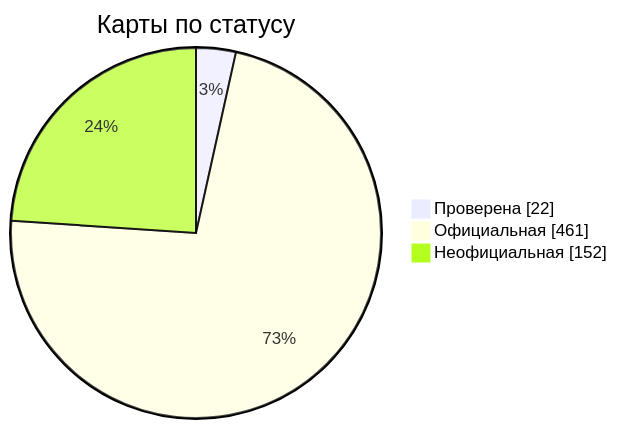
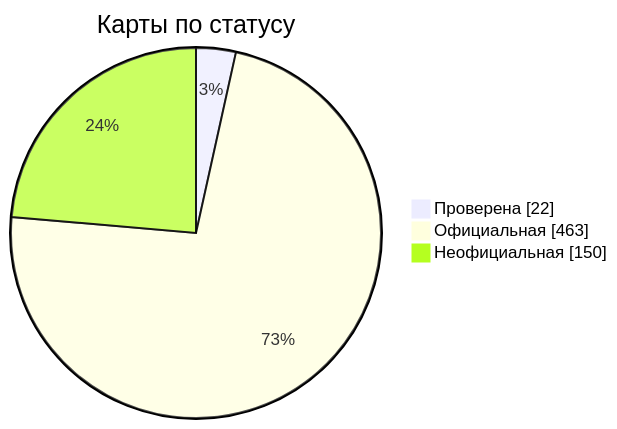
Before and after one commit to nobrega8/mbmap-library: the diagram in docs/readme/README_RU.md, drawn with Mermaid. The commit also changed 7 other files, not shown here.

````diff
--- a/docs/readme/README_RU.md
+++ b/docs/readme/README_RU.md
@@ -54,7 +54,7 @@
 ```mermaid
 pie showData
     title Карты по статусу
     "Проверена" : 22
-    "Официальная" : 461
-    "Неофициальная" : 152
+    "Официальная" : 463
+    "Неофициальная" : 150
 ```
````
